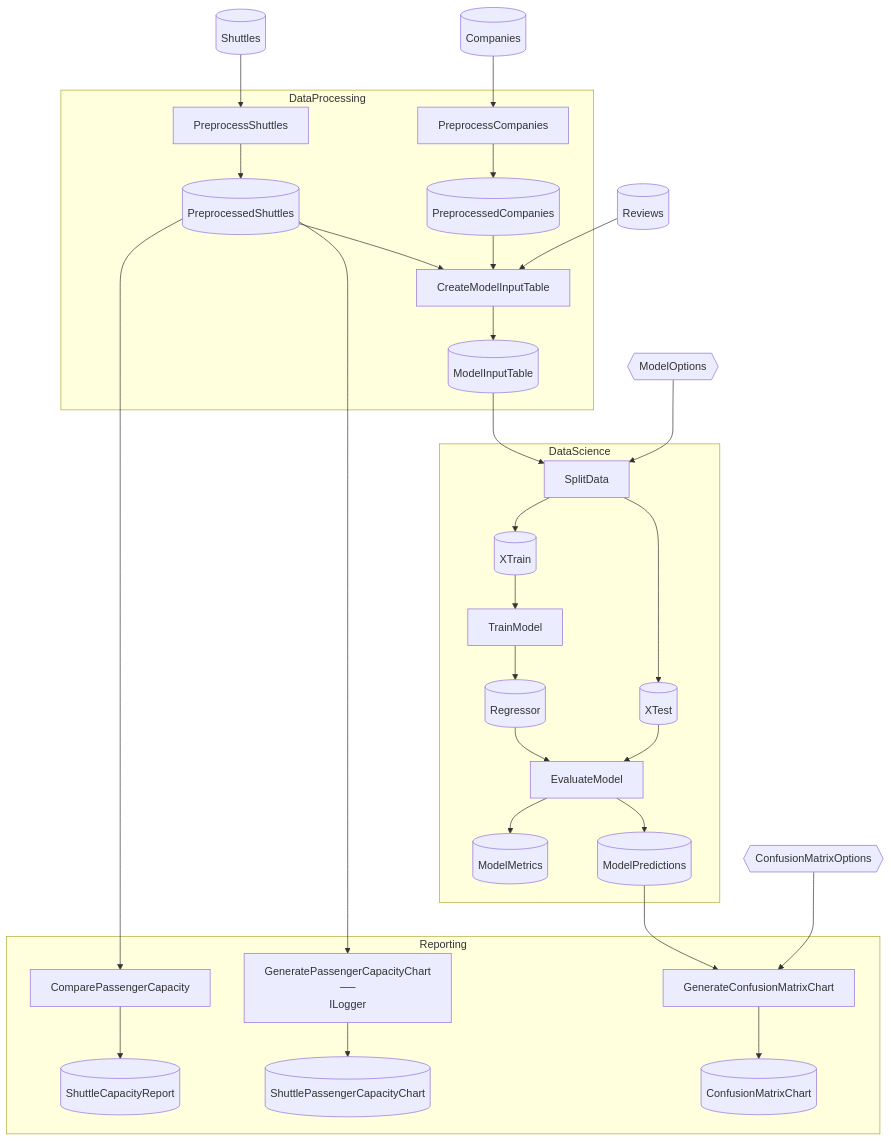
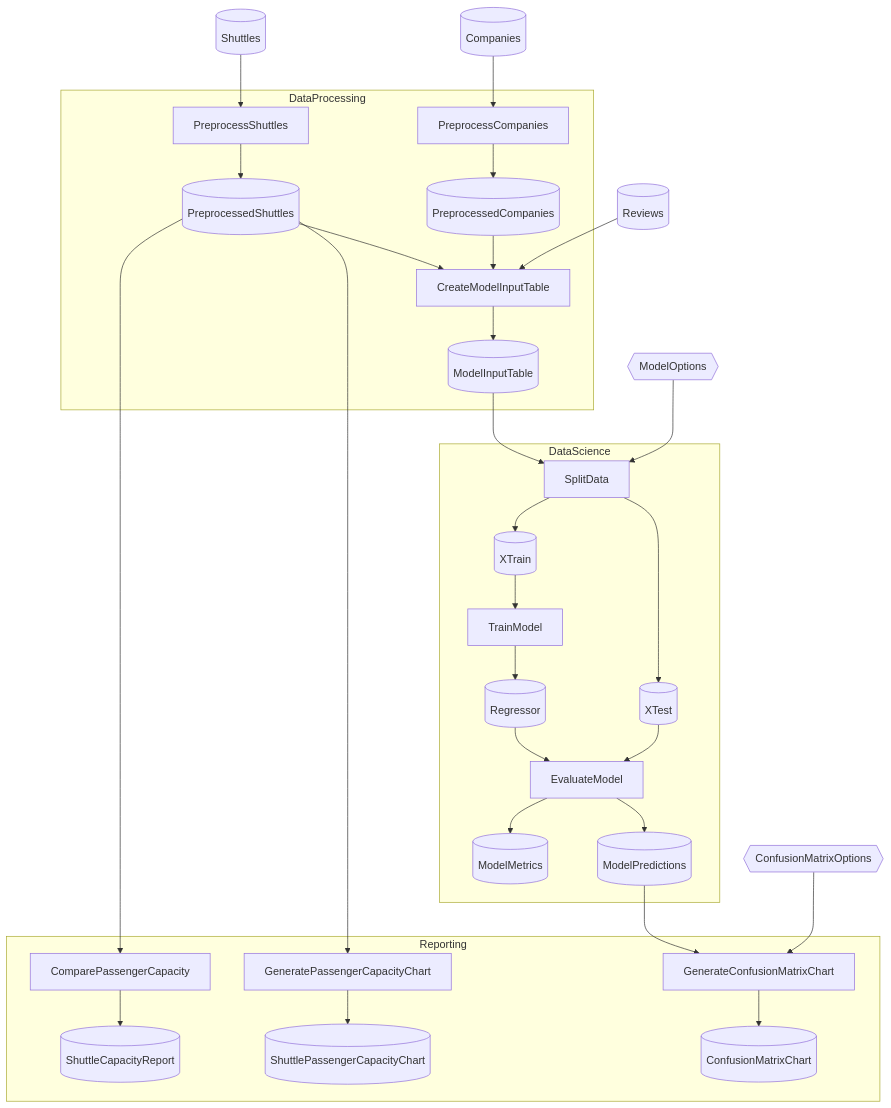
Before and after one commit to chaoticgoodcomputing/flowthru: the diagram in examples/advanced/SpaceflightsHybridCatalog/README.md, drawn with Mermaid. The commit also changed 18 other files, not shown here.

````diff
--- a/examples/advanced/SpaceflightsHybridCatalog/README.md
+++ b/examples/advanced/SpaceflightsHybridCatalog/README.md
@@ -43,67 +43,67 @@
 ```mermaid
 flowchart TB
 
     %% External Data Inputs
     Companies[("Companies")]
     ConfusionMatrixOptions{{"ConfusionMatrixOptions"}}
     ModelOptions{{"ModelOptions"}}
     Reviews[("Reviews")]
     Shuttles[("Shuttles")]
 
     subgraph DataProcessing["DataProcessing"]
         PreprocessCompanies["PreprocessCompanies"]
         PreprocessedCompanies[("PreprocessedCompanies")]
         PreprocessShuttles["PreprocessShuttles"]
         PreprocessedShuttles[("PreprocessedShuttles")]
         CreateModelInputTable["CreateModelInputTable"]
         ModelInputTable[("ModelInputTable")]
     end
 
     subgraph DataScience["DataScience"]
         SplitData["SplitData"]
         XTrain[("XTrain")]
         XTest[("XTest")]
         TrainModel["TrainModel"]
         Regressor[("Regressor")]
         EvaluateModel["EvaluateModel"]
         ModelMetrics[("ModelMetrics")]
         ModelPredictions[("ModelPredictions")]
     end
 
     subgraph Reporting["Reporting"]
         ComparePassengerCapacity["ComparePassengerCapacity"]
         ShuttleCapacityReport[("ShuttleCapacityReport")]
-        GeneratePassengerCapacityChart["GeneratePassengerCapacityChart<br>──<br>ILogger"]
+        GeneratePassengerCapacityChart["GeneratePassengerCapacityChart"]
         ShuttlePassengerCapacityChart[("ShuttlePassengerCapacityChart")]
         GenerateConfusionMatrixChart["GenerateConfusionMatrixChart"]
         ConfusionMatrixChart[("ConfusionMatrixChart")]
     end
 
     %% Edges
     Companies --> PreprocessCompanies
     PreprocessCompanies --> PreprocessedCompanies
     Shuttles --> PreprocessShuttles
     PreprocessShuttles --> PreprocessedShuttles
     PreprocessedShuttles --> CreateModelInputTable
     PreprocessedCompanies --> CreateModelInputTable
     Reviews --> CreateModelInputTable
     CreateModelInputTable --> ModelInputTable
     PreprocessedShuttles --> ComparePassengerCapacity
     ComparePassengerCapacity --> ShuttleCapacityReport
     PreprocessedShuttles --> GeneratePassengerCapacityChart
     GeneratePassengerCapacityChart --> ShuttlePassengerCapacityChart
     ModelInputTable --> SplitData
     ModelOptions --> SplitData
     SplitData --> XTrain
     SplitData --> XTest
     XTrain --> TrainModel
     TrainModel --> Regressor
     Regressor --> EvaluateModel
     XTest --> EvaluateModel
     EvaluateModel --> ModelMetrics
     EvaluateModel --> ModelPredictions
     ModelPredictions --> GenerateConfusionMatrixChart
     ConfusionMatrixOptions --> GenerateConfusionMatrixChart
     GenerateConfusionMatrixChart --> ConfusionMatrixChart
 
 ```
````
